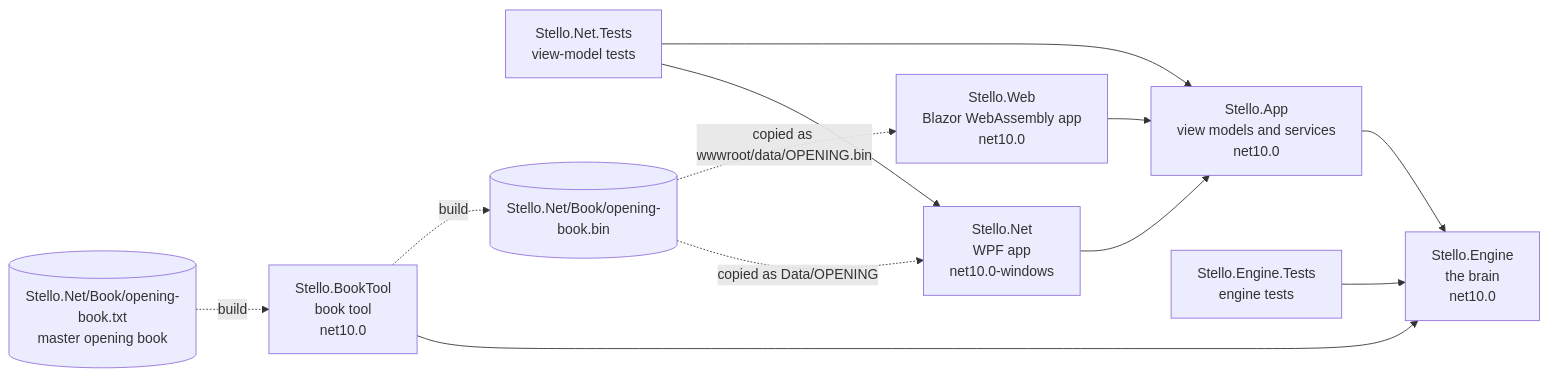
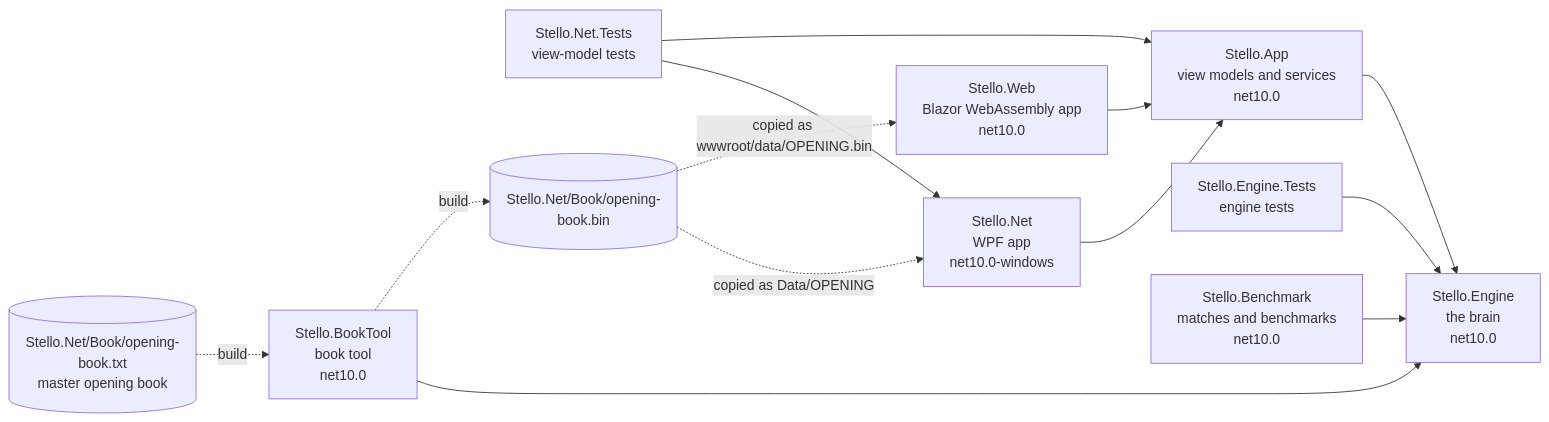
The first of 4 diagrams in docs/brain/01-overview.md (cjp-dev/Stello), drawn with Mermaid before and after one commit. The commit also changed other lines of this file and 25 other files, not shown here.

First line of the commit message:
Add Stello.Benchmark: engine matches, FFO solve bench, midgame bench

````diff
--- a/docs/brain/01-overview.md
+++ b/docs/brain/01-overview.md
@@ -11,14 +11,15 @@
 ```mermaid
 flowchart LR
     Wpf["Stello.Net<br/>WPF app<br/>net10.0-windows"] --> Shared["Stello.App<br/>view models and services<br/>net10.0"]
     Web["Stello.Web<br/>Blazor WebAssembly app<br/>net10.0"] --> Shared
     Shared --> Engine["Stello.Engine<br/>the brain<br/>net10.0"]
     AppTests["Stello.Net.Tests<br/>view-model tests"] --> Wpf
     AppTests --> Shared
     EngineTests["Stello.Engine.Tests<br/>engine tests"] --> Engine
     Tool["Stello.BookTool<br/>book tool<br/>net10.0"] --> Engine
+    Bench["Stello.Benchmark<br/>matches and benchmarks<br/>net10.0"] --> Engine
     Text[("Stello.Net/Book/opening-book.txt<br/>master opening book")] -. "build" .-> Tool
     Tool -. "build" .-> Book[("Stello.Net/Book/opening-book.bin")]
     Book -. "copied as Data/OPENING" .-> Wpf
     Book -. "copied as wwwroot/data/OPENING.bin" .-> Web
 ```
````
